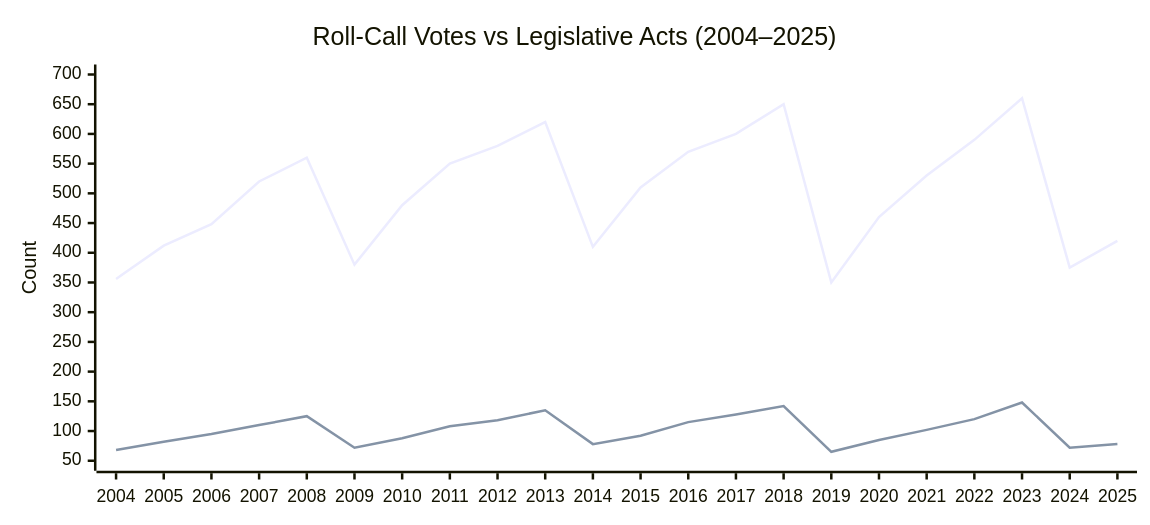
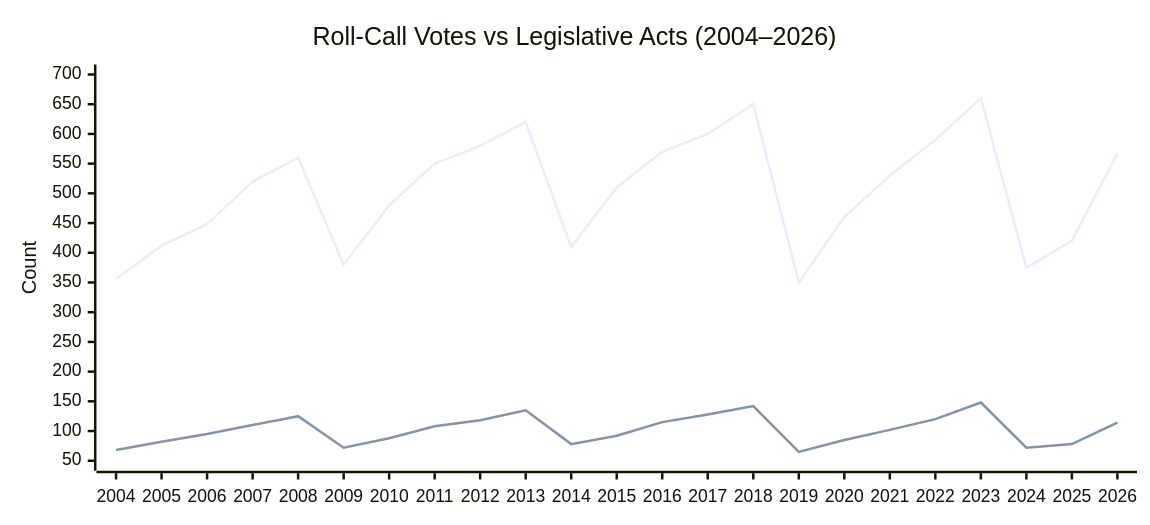
The sixth of 21 diagrams in api-markdown/_media/EP_POLITICAL_LANDSCAPE.md (Hack23/European-Parliament-MCP-Server), drawn with Mermaid before and after one commit. The commit also changed other lines of this file and 1437 other files, not shown here.

````diff
--- a/api-markdown/_media/EP_POLITICAL_LANDSCAPE.md
+++ b/api-markdown/_media/EP_POLITICAL_LANDSCAPE.md
@@ -141,14 +143,14 @@
 ```mermaid
 ---
 config:
   xyChart:
     width: 900
     height: 400
 ---
 xychart-beta
-    title "Roll-Call Votes vs Legislative Acts (2004–2025)"
-    x-axis [2004, 2005, 2006, 2007, 2008, 2009, 2010, 2011, 2012, 2013, 2014, 2015, 2016, 2017, 2018, 2019, 2020, 2021, 2022, 2023, 2024, 2025]
+    title "Roll-Call Votes vs Legislative Acts (2004–2026)"
+    x-axis [2004, 2005, 2006, 2007, 2008, 2009, 2010, 2011, 2012, 2013, 2014, 2015, 2016, 2017, 2018, 2019, 2020, 2021, 2022, 2023, 2024, 2025, 2026]
     y-axis "Count" 50 --> 700
-    line [356, 412, 448, 520, 560, 380, 480, 550, 580, 620, 410, 510, 570, 600, 650, 350, 460, 530, 590, 660, 375, 420]
-    line [68, 82, 95, 110, 125, 72, 88, 108, 118, 135, 78, 92, 115, 128, 142, 65, 85, 102, 120, 148, 72, 78]
+    line [356, 412, 448, 520, 560, 380, 480, 550, 580, 620, 410, 510, 570, 600, 650, 350, 460, 530, 590, 660, 375, 420, 567]
+    line [68, 82, 95, 110, 125, 72, 88, 108, 118, 135, 78, 92, 115, 128, 142, 65, 85, 102, 120, 148, 72, 78, 114]
 ```
````
